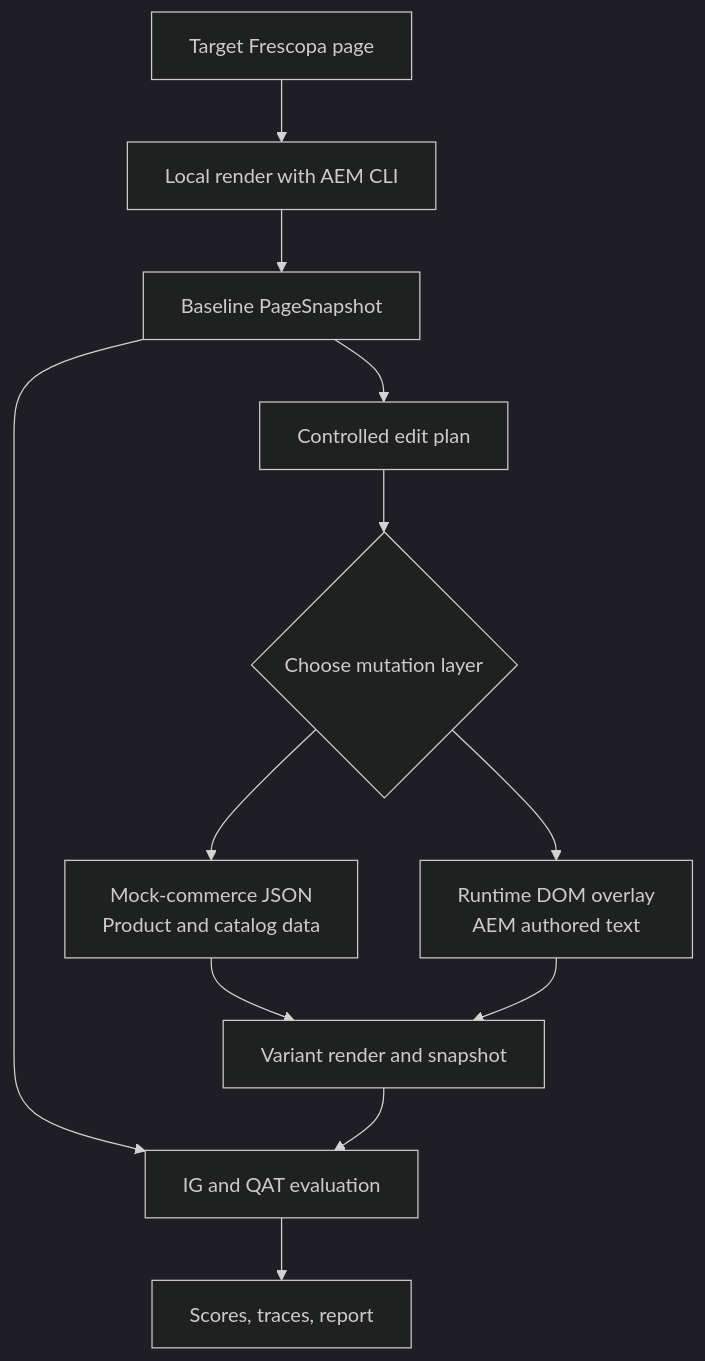
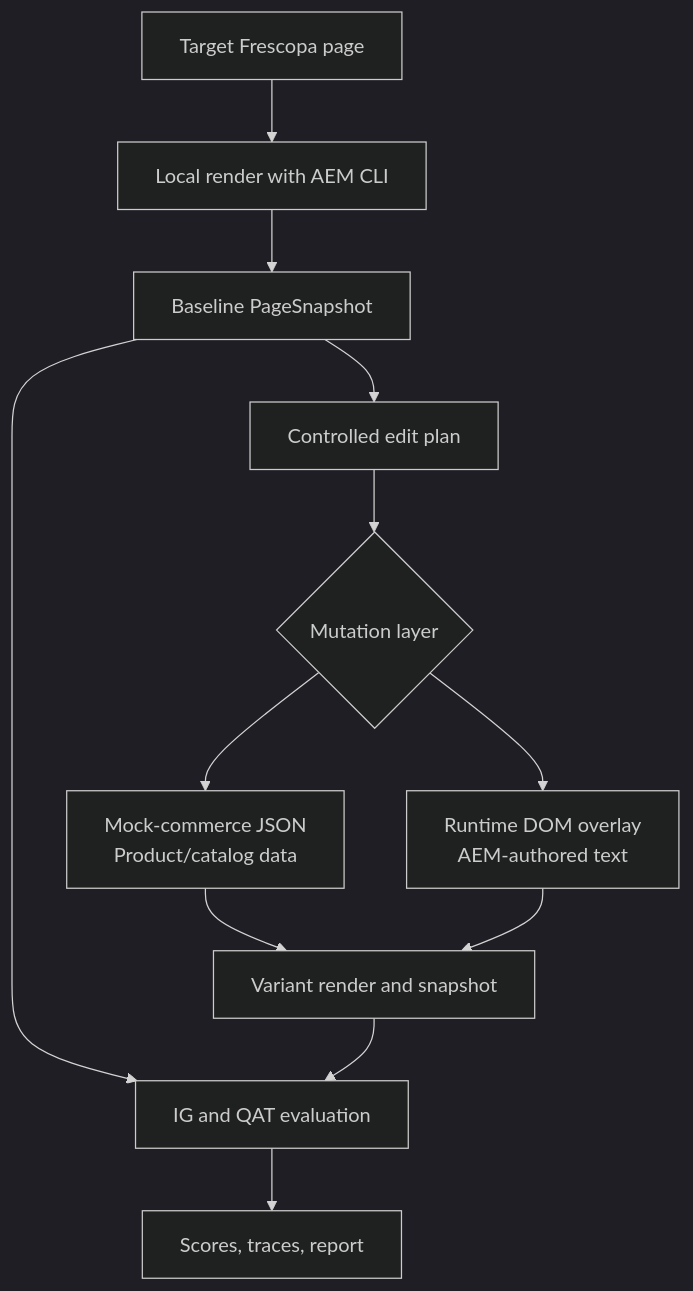
Before and after one commit to unibuc-cs/frescopaUB: the diagram in Experiments/TODO.md, drawn with Mermaid (dark theme). The commit also changed other lines of this file and 9 other files, not shown here.

````diff
--- a/Experiments/TODO.md
+++ b/Experiments/TODO.md
@@ -16,14 +31,14 @@
 ```mermaid
 flowchart TD
     A["Target Frescopa page"] --> B["Local render with AEM CLI"]
     B --> C["Baseline PageSnapshot"]
     C --> D["Controlled edit plan"]
-    D --> E{"Choose mutation layer"}
-    E --> F["Mock-commerce JSON<br/>Product and catalog data"]
-    E --> G["Runtime DOM overlay<br/>AEM authored text"]
+    D --> E{"Mutation layer"}
+    E --> F["Mock-commerce JSON<br/>Product/catalog data"]
+    E --> G["Runtime DOM overlay<br/>AEM-authored text"]
     F --> H["Variant render and snapshot"]
     G --> H
     C --> I["IG and QAT evaluation"]
     H --> I
     I --> J["Scores, traces, report"]
 ```
````
